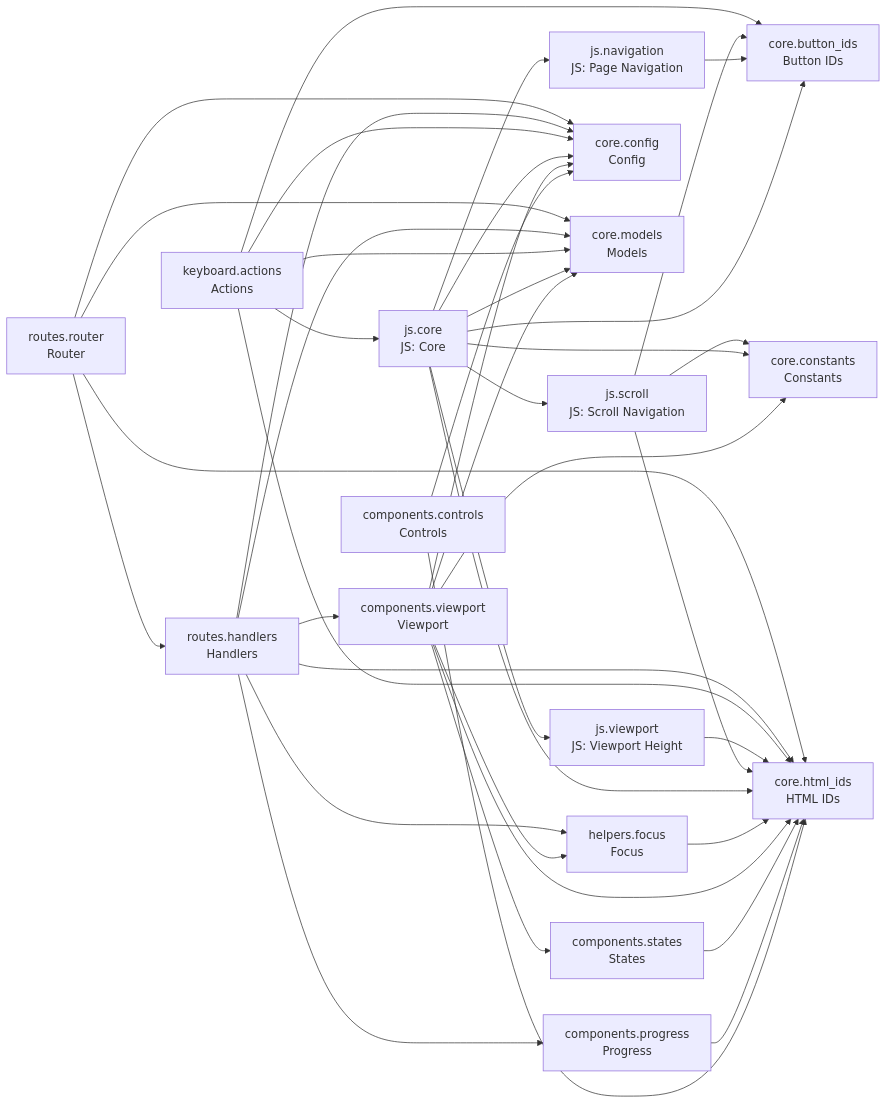
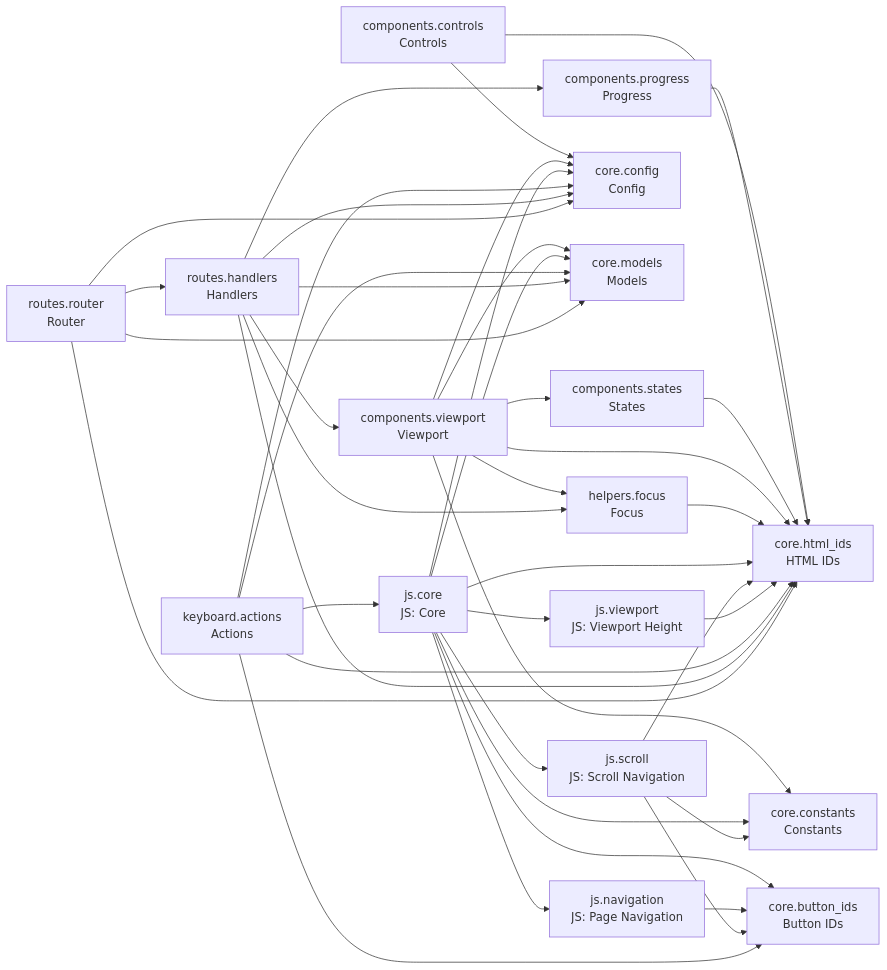
The diagram in README.md (cj-mills/cjm-fasthtml-card-stack), drawn with Mermaid before and after one commit. The commit also changed other lines of this file and 5 other files, not shown here.

````diff
--- a/README.md
+++ b/README.md
@@ -43,60 +43,60 @@
 ``` mermaid
 graph LR
     components_controls[components.controls<br/>Controls]
     components_progress[components.progress<br/>Progress]
     components_states[components.states<br/>States]
     components_viewport[components.viewport<br/>Viewport]
     core_button_ids[core.button_ids<br/>Button IDs]
     core_config[core.config<br/>Config]
     core_constants[core.constants<br/>Constants]
     core_html_ids[core.html_ids<br/>HTML IDs]
     core_models[core.models<br/>Models]
     helpers_focus[helpers.focus<br/>Focus]
     js_core[js.core<br/>JS: Core]
     js_navigation[js.navigation<br/>JS: Page Navigation]
     js_scroll[js.scroll<br/>JS: Scroll Navigation]
     js_viewport[js.viewport<br/>JS: Viewport Height]
     keyboard_actions[keyboard.actions<br/>Actions]
     routes_handlers[routes.handlers<br/>Handlers]
     routes_router[routes.router<br/>Router]
 
     components_controls --> core_config
     components_controls --> core_html_ids
     components_progress --> core_html_ids
     components_states --> core_html_ids
-    components_viewport --> core_models
     components_viewport --> core_config
-    components_viewport --> core_constants
-    components_viewport --> helpers_focus
     components_viewport --> core_html_ids
     components_viewport --> components_states
+    components_viewport --> core_constants
+    components_viewport --> core_models
+    components_viewport --> helpers_focus
     helpers_focus --> core_html_ids
     js_core --> core_constants
+    js_core --> core_config
+    js_core --> core_html_ids
+    js_core --> js_viewport
+    js_core --> js_navigation
+    js_core --> js_scroll
+    js_core --> core_models
     js_core --> core_button_ids
-    js_core --> core_models
-    js_core --> core_config
-    js_core --> js_scroll
-    js_core --> core_html_ids
-    js_core --> js_navigation
-    js_core --> js_viewport
     js_navigation --> core_button_ids
+    js_scroll --> core_constants
     js_scroll --> core_button_ids
-    js_scroll --> core_constants
     js_scroll --> core_html_ids
     js_viewport --> core_html_ids
-    keyboard_actions --> core_button_ids
-    keyboard_actions --> core_models
     keyboard_actions --> core_config
     keyboard_actions --> core_html_ids
     keyboard_actions --> js_core
+    keyboard_actions --> core_models
+    keyboard_actions --> core_button_ids
     routes_handlers --> core_models
+    routes_handlers --> core_config
+    routes_handlers --> core_html_ids
+    routes_handlers --> components_progress
+    routes_handlers --> helpers_focus
     routes_handlers --> components_viewport
-    routes_handlers --> helpers_focus
-    routes_handlers --> core_config
-    routes_handlers --> components_progress
-    routes_handlers --> core_html_ids
+    routes_router --> core_config
+    routes_router --> core_html_ids
     routes_router --> routes_handlers
     routes_router --> core_models
-    routes_router --> core_config
-    routes_router --> core_html_ids
 ```
````
